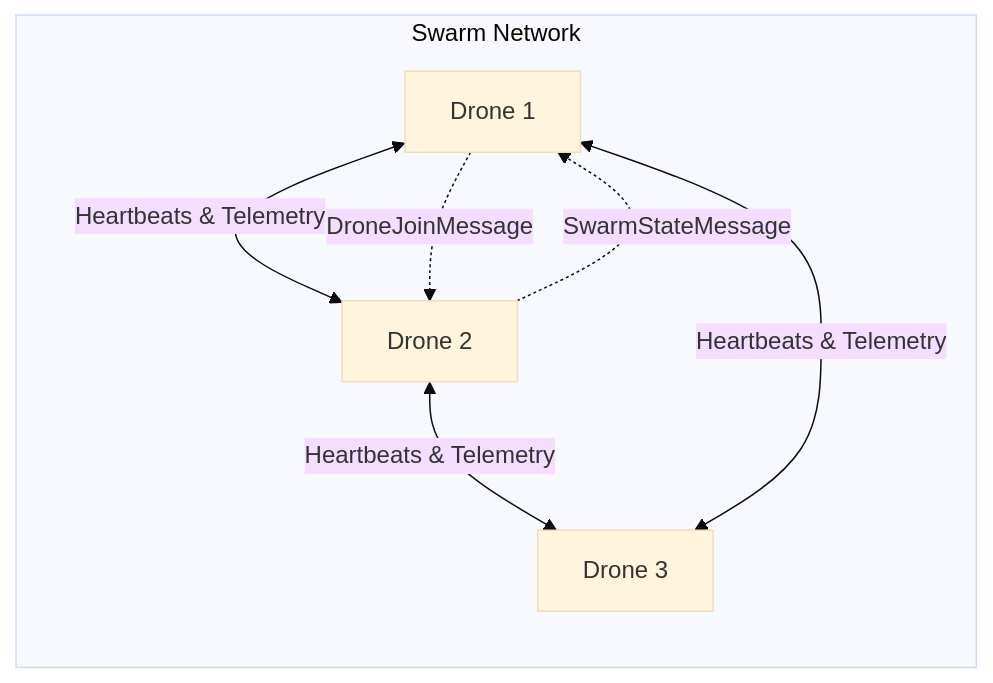
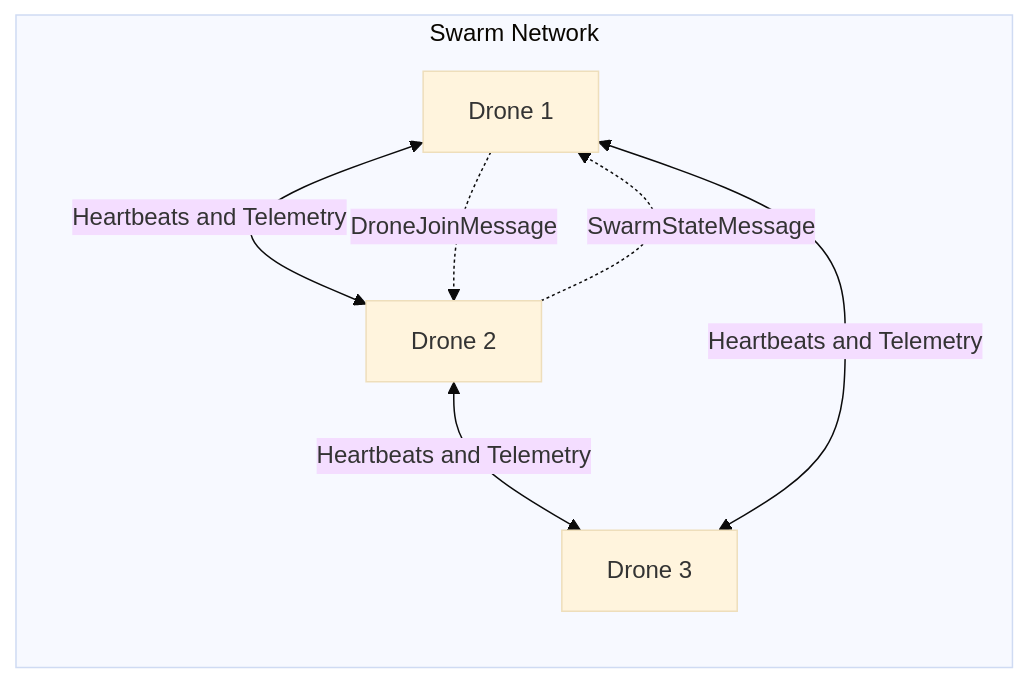
Before and after one commit to Debanshu2005/DroneSwarm: the third of 3 diagrams in README.md, drawn with Mermaid (base theme). The commit also changed other lines of this file and 11 other files, not shown here.

Commit message:
docs: add comprehensive system architecture and user guides for phoneos swarm

````diff
--- a/README.md
+++ b/README.md
@@ -215,15 +215,15 @@
 ```mermaid
-graph LR
-    subgraph Swarm Network
-        D1[Drone 1]
-        D2[Drone 2]
-        D3[Drone 3]
+flowchart LR
+    subgraph SwarmNet["Swarm Network"]
+        D1["Drone 1"]
+        D2["Drone 2"]
+        D3["Drone 3"]
     end
 
-    D1 <-->|Heartbeats & Telemetry| D2
-    D2 <-->|Heartbeats & Telemetry| D3
-    D3 <-->|Heartbeats & Telemetry| D1
+    D1 <-->|Heartbeats and Telemetry| D2
+    D2 <-->|Heartbeats and Telemetry| D3
+    D3 <-->|Heartbeats and Telemetry| D1
     
     D1 -.->|DroneJoinMessage| D2
     D2 -.->|SwarmStateMessage| D1
 ```
````
